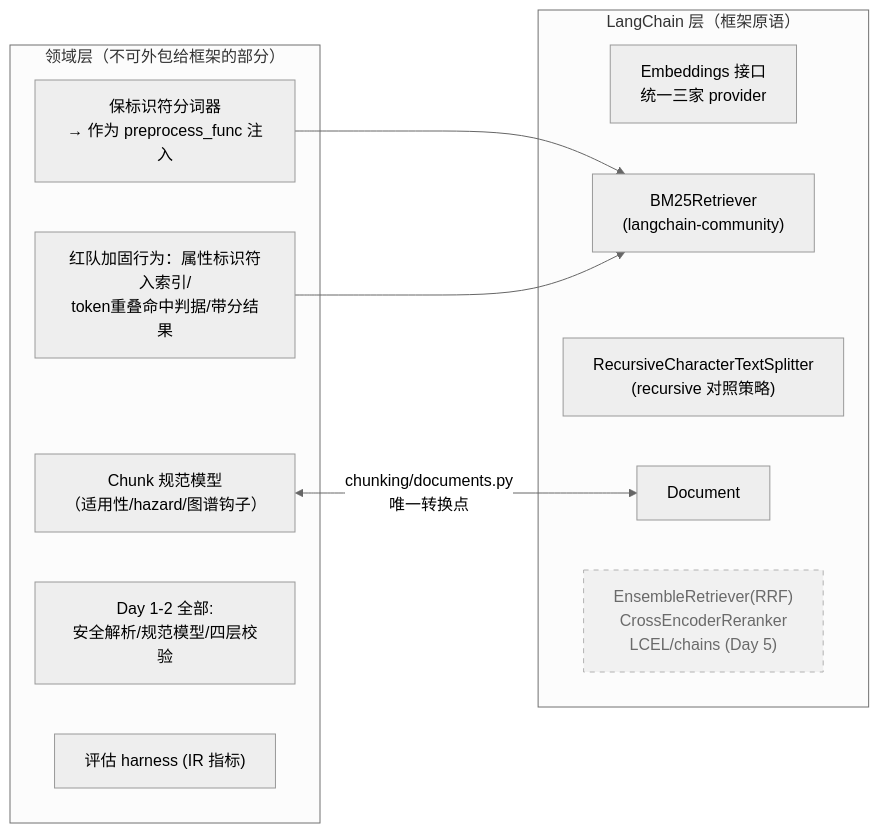
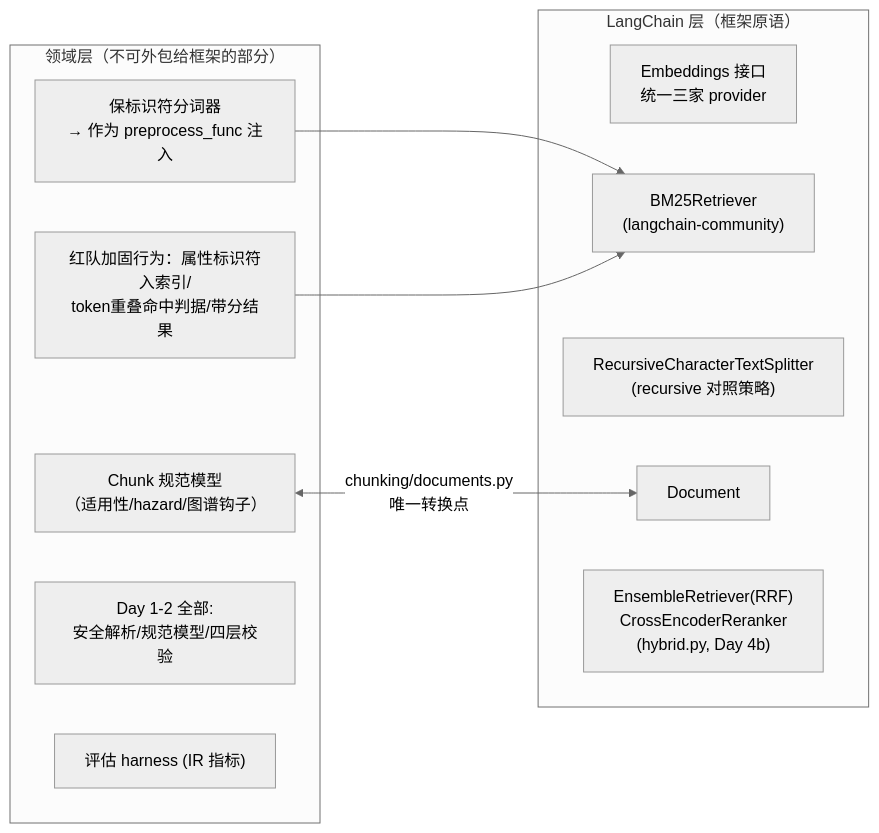
The second of 2 diagrams in docs/architecture/02-system-architecture.md (Osmond-Xin/LearnArken), drawn with Mermaid (neutral theme) before and after one commit. The commit also changed other lines of this file and 5 other files, not shown here.

First line of the commit message:
docs: reconcile architecture snapshot + README to Day 7

````diff
--- a/docs/architecture/02-system-architecture.md
+++ b/docs/architecture/02-system-architecture.md
@@ -112,21 +112,20 @@
 ```mermaid
 flowchart LR
     subgraph LC["LangChain 层（框架原语）"]
         EMB["Embeddings 接口<br/>统一三家 provider"]
         BM25R["BM25Retriever<br/>(langchain-community)"]
         SPLIT["RecursiveCharacterTextSplitter<br/>(recursive 对照策略)"]
         DOC["Document"]
-        FUT["EnsembleRetriever(RRF)<br/>CrossEncoderReranker<br/>LCEL/chains (Day 5)"]:::planned
+        FUSED["EnsembleRetriever(RRF)<br/>CrossEncoderReranker<br/>(hybrid.py, Day 4b)"]
     end
     subgraph OURS["领域层（不可外包给框架的部分）"]
         TOK["保标识符分词器<br/>→ 作为 preprocess_func 注入"]
         HARD["红队加固行为：属性标识符入索引/<br/>token重叠命中判据/带分结果"]
         CHUNKM["Chunk 规范模型<br/>（适用性/hazard/图谱钩子）"]
         VAL["Day 1-2 全部:<br/>安全解析/规范模型/四层校验"]
         EVALH["评估 harness (IR 指标)"]
     end
     CHUNKM <-->|"chunking/documents.py<br/>唯一转换点"| DOC
     TOK --> BM25R
     HARD --> BM25R
-    classDef planned stroke-dasharray: 5 5,opacity:0.75;
 ```
````
